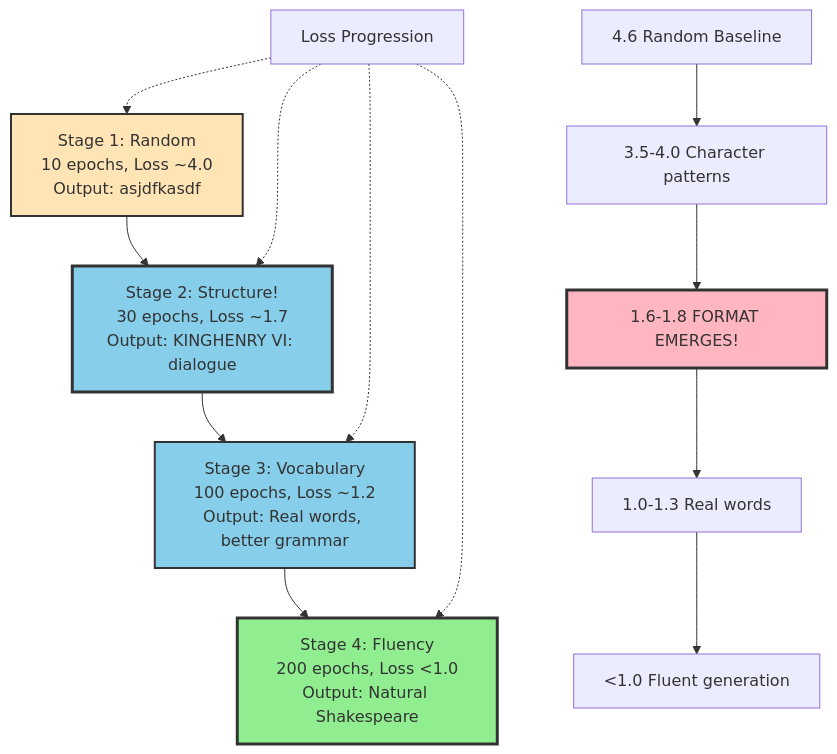
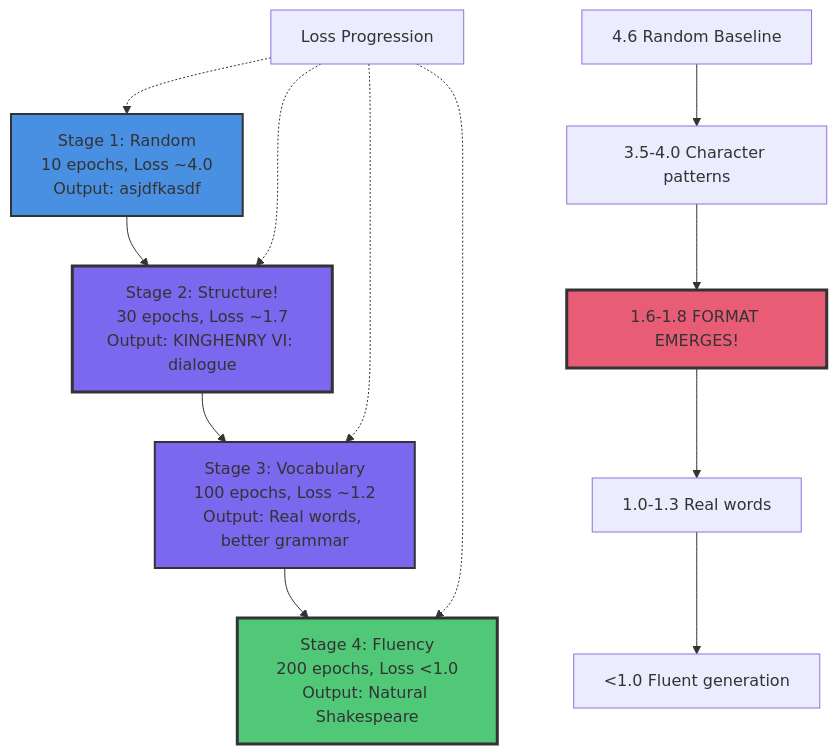
The diagram in content/lessons/ct4-finetuning-basics.md (tenstorrent/tt-vscode-toolkit), drawn with Mermaid before and after one commit. The commit also changed 9 other files, not shown here.

````diff
--- a/content/lessons/ct4-finetuning-basics.md
+++ b/content/lessons/ct4-finetuning-basics.md
@@ -63,24 +63,24 @@
 ```mermaid
 graph TD
     A[Stage 1: Random<br/>10 epochs, Loss ~4.0<br/>Output: asjdfkasdf] --> B[Stage 2: Structure!<br/>30 epochs, Loss ~1.7<br/>Output: KINGHENRY VI: dialogue]
 
     B --> C[Stage 3: Vocabulary<br/>100 epochs, Loss ~1.2<br/>Output: Real words, better grammar]
 
     C --> D[Stage 4: Fluency<br/>200 epochs, Loss <1.0<br/>Output: Natural Shakespeare]
 
     E[Loss Progression] -.-> A
     E -.-> B
     E -.-> C
     E -.-> D
 
     F[4.6 Random Baseline] --> G[3.5-4.0 Character patterns]
     G --> H[1.6-1.8 FORMAT EMERGES!]
     H --> I[1.0-1.3 Real words]
     I --> J[<1.0 Fluent generation]
 
-    style A fill:#FFE4B5,stroke:#333,stroke-width:2px
-    style B fill:#87CEEB,stroke:#333,stroke-width:3px
-    style C fill:#87CEEB,stroke:#333,stroke-width:2px
-    style D fill:#90EE90,stroke:#333,stroke-width:3px
-    style H fill:#FFB6C1,stroke:#333,stroke-width:3px
+    style A fill:#4A90E2,stroke:#333,stroke-width:2px
+    style B fill:#7B68EE,stroke:#333,stroke-width:3px
+    style C fill:#7B68EE,stroke:#333,stroke-width:2px
+    style D fill:#50C878,stroke:#333,stroke-width:3px
+    style H fill:#E85D75,stroke:#333,stroke-width:3px
 ```
````
